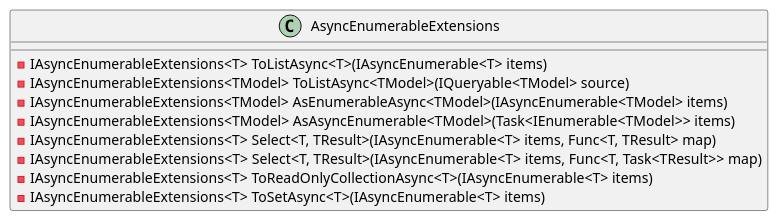
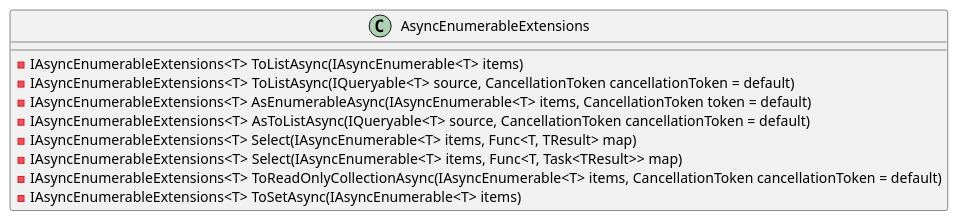
Before and after one commit to mwwhited-forks/dotnet-libs: the first of 4 diagrams in docs/generated/Framework/Eliassen.Extensions/Linq/Documentation.md, drawn with PlantUML. The commit also changed other lines of this file and 444 other files, not shown here.

````diff
--- a/docs/generated/Framework/Eliassen.Extensions/Linq/Documentation.md
+++ b/docs/generated/Framework/Eliassen.Extensions/Linq/Documentation.md
@@ -19,15 +10,15 @@
 ```plantuml
 @startuml
 class AsyncEnumerableExtensions {
-  - IAsyncEnumerableExtensions<T> ToListAsync<T>(IAsyncEnumerable<T> items)
-  - IAsyncEnumerableExtensions<TModel> ToListAsync<TModel>(IQueryable<TModel> source)
-  - IAsyncEnumerableExtensions<TModel> AsEnumerableAsync<TModel>(IAsyncEnumerable<TModel> items)
-  - IAsyncEnumerableExtensions<TModel> AsAsyncEnumerable<TModel>(Task<IEnumerable<TModel>> items)
-  - IAsyncEnumerableExtensions<T> Select<T, TResult>(IAsyncEnumerable<T> items, Func<T, TResult> map)
-  - IAsyncEnumerableExtensions<T> Select<T, TResult>(IAsyncEnumerable<T> items, Func<T, Task<TResult>> map)
-  - IAsyncEnumerableExtensions<T> ToReadOnlyCollectionAsync<T>(IAsyncEnumerable<T> items)
-  - IAsyncEnumerableExtensions<T> ToSetAsync<T>(IAsyncEnumerable<T> items)
+  - IAsyncEnumerableExtensions<T> ToListAsync(IAsyncEnumerable<T> items)
+  - IAsyncEnumerableExtensions<T> ToListAsync(IQueryable<T> source, CancellationToken cancellationToken = default)
+  - IAsyncEnumerableExtensions<T> AsEnumerableAsync(IAsyncEnumerable<T> items, CancellationToken token = default)
+  - IAsyncEnumerableExtensions<T> AsToListAsync(IQueryable<T> source, CancellationToken cancellationToken = default)
+  - IAsyncEnumerableExtensions<T> Select(IAsyncEnumerable<T> items, Func<T, TResult> map)
+  - IAsyncEnumerableExtensions<T> Select(IAsyncEnumerable<T> items, Func<T, Task<TResult>> map)
+  - IAsyncEnumerableExtensions<T> ToReadOnlyCollectionAsync(IAsyncEnumerable<T> items, CancellationToken cancellationToken = default)
+  - IAsyncEnumerableExtensions<T> ToSetAsync(IAsyncEnumerable<T> items)
 }
 
 @enduml
 ```
````
